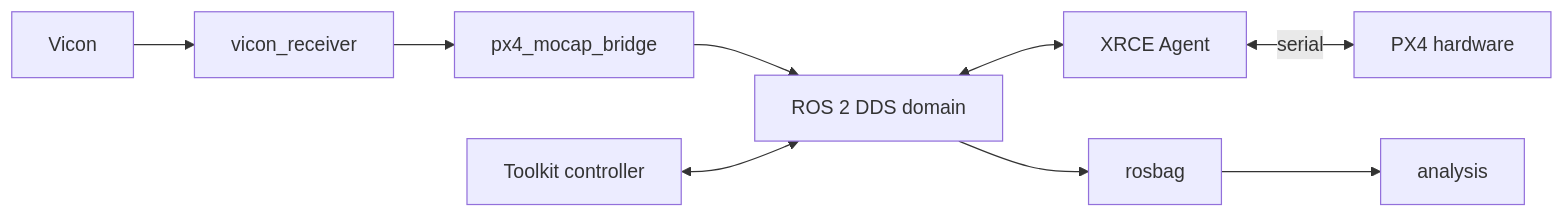
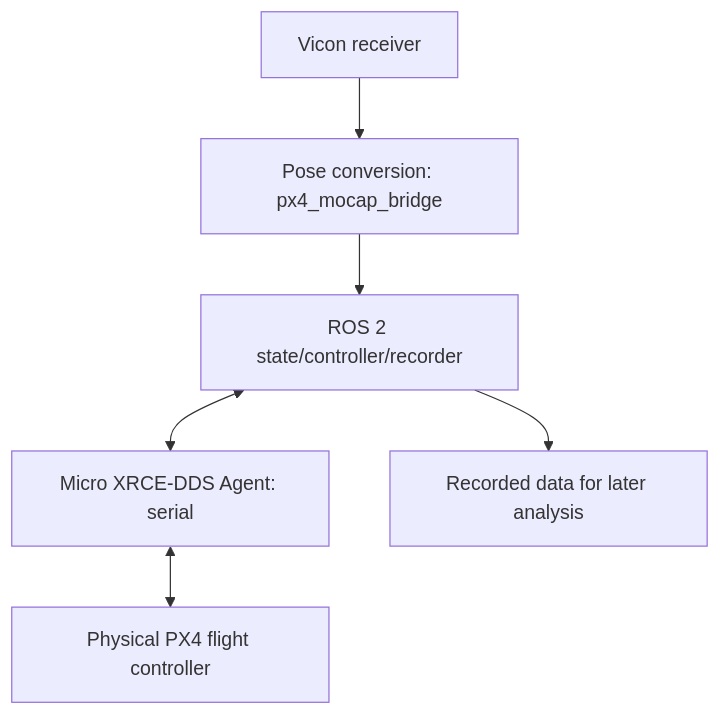
The second of 2 diagrams in docs/reference/architecture.md (ANCL/px4-dev-toolkit), drawn with Mermaid before and after one commit. The commit also changed other lines of this file and 11 other files, not shown here.

````diff
--- a/docs/reference/architecture.md
+++ b/docs/reference/architecture.md
@@ -81,11 +19,8 @@
 ```mermaid
-flowchart LR
-    V[Vicon] --> VR[vicon_receiver]
-    VR --> MB[px4_mocap_bridge]
-    MB --> R[ROS 2 DDS domain]
-    R <--> X[XRCE Agent]
-    X <--> |serial| P[PX4 hardware]
-    C[Toolkit controller] <--> R
-    R --> B[rosbag]
-    B --> A[analysis]
+flowchart TB
+    V[Vicon receiver] --> C[Pose conversion: px4_mocap_bridge]
+    C --> R[ROS 2 state/controller/recorder]
+    R <--> X[Micro XRCE-DDS Agent: serial]
+    X <--> P[Physical PX4 flight controller]
+    R --> B[Recorded data for later analysis]
 ```
````
